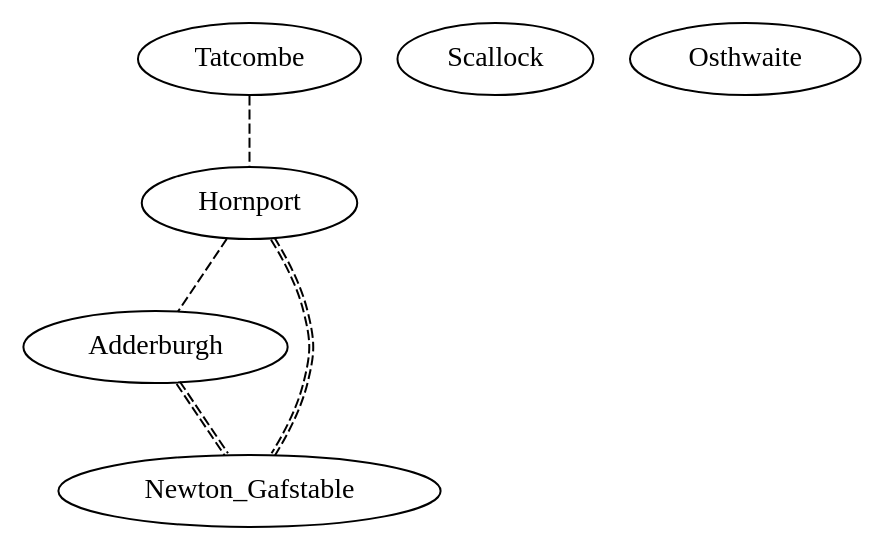
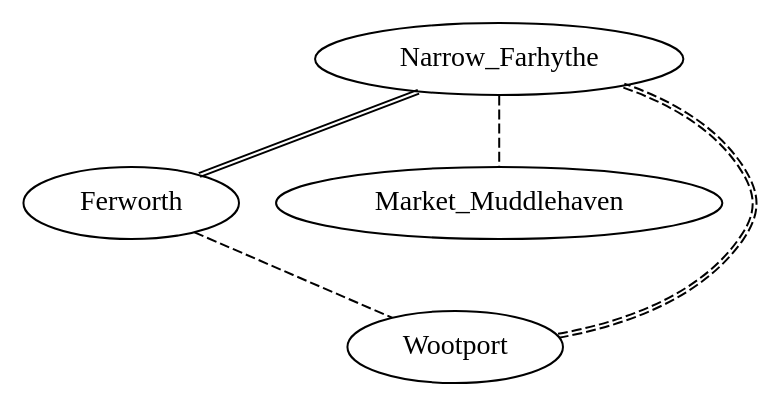
Before and after one commit to CodeLuaPro/oose_assignment_2: the diagram in simoutput.dot, drawn with Graphviz. The commit also changed 40 other files, not shown here.

```diff
--- a/simoutput.dot
+++ b/simoutput.dot
@@ -1,13 +1,11 @@
 graph Towns {
-Hornport
-Adderburgh
-Tatcombe
-Newton_Gafstable
-Scallock
-Osthwaite
+Narrow_Farhythe
+Ferworth
+Wootport
+Market_Muddlehaven
 
-Hornport -- Newton_Gafstable [style="dashed",color="black:black"]
-Adderburgh -- Newton_Gafstable [style="dashed",color="black:black"]
-Hornport -- Adderburgh [style="dashed"]
-Tatcombe -- Hornport [style="dashed"]
+Narrow_Farhythe -- Ferworth [color="black:black"]
+Wootport -- Narrow_Farhythe [style="dashed",color="black:black"]
+Ferworth -- Wootport [style="dashed"]
+Narrow_Farhythe -- Market_Muddlehaven [style="dashed"]
 }
```
